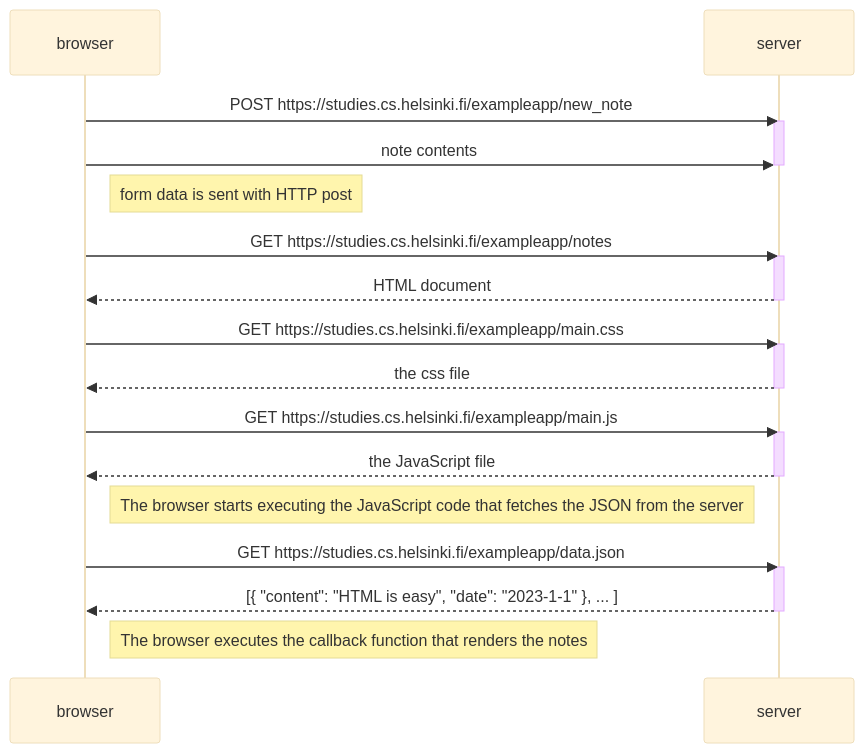
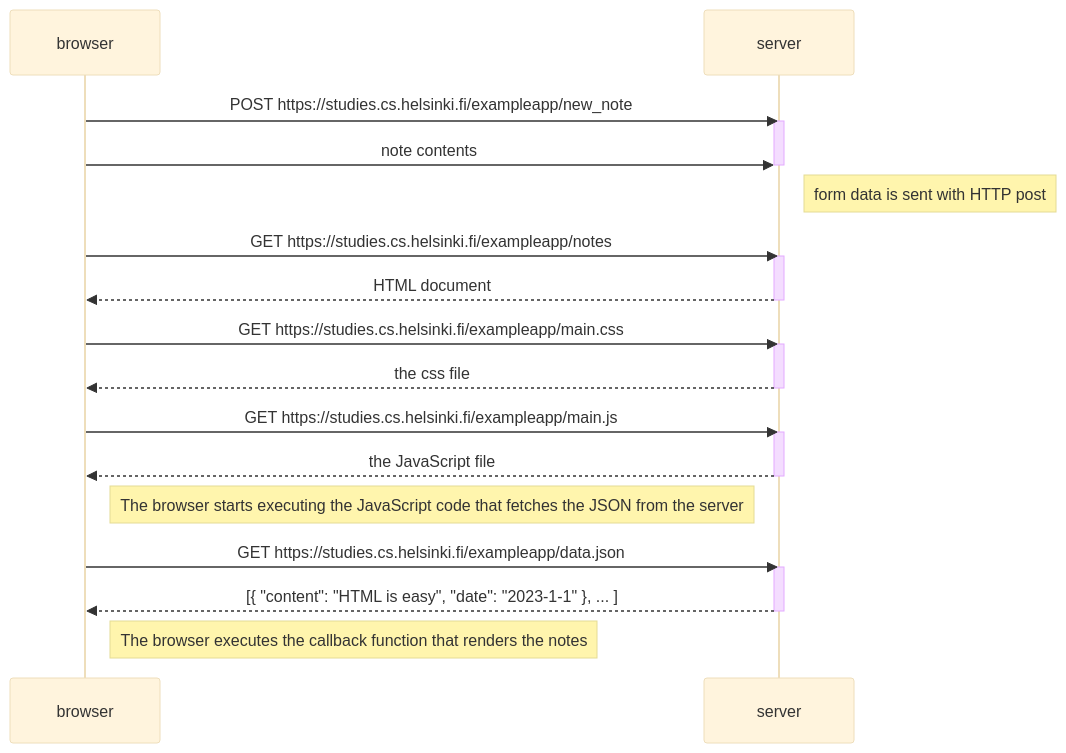
The diagram in part0/exercise 0.4.md (5ak1r/full_stack_open), drawn with Mermaid (base theme) before and after one commit.

Commit message:
moved note

````diff
--- a/part0/exercise 0.4.md
+++ b/part0/exercise 0.4.md
@@ -1,38 +1,38 @@
 ```mermaid
 
 sequenceDiagram
     participant browser
     participant server
     
     browser->>server: POST https://studies.cs.helsinki.fi/exampleapp/new_note
     activate server
     browser->>server: note contents
     deactivate server
 
-    Note right of browser: form data is sent with HTTP post
+    Note right of server: form data is sent with HTTP post
 
     browser->>server: GET https://studies.cs.helsinki.fi/exampleapp/notes
     activate server
     server-->>browser: HTML document
     deactivate server
 
     browser->>server: GET https://studies.cs.helsinki.fi/exampleapp/main.css
     activate server
     server-->>browser: the css file
     deactivate server
 
     browser->>server: GET https://studies.cs.helsinki.fi/exampleapp/main.js
     activate server
     server-->>browser: the JavaScript file
     deactivate server
 
     Note right of browser: The browser starts executing the JavaScript code that fetches the JSON from the server
 
     browser->>server: GET https://studies.cs.helsinki.fi/exampleapp/data.json
     activate server
     server-->>browser: [{ "content": "HTML is easy", "date": "2023-1-1" }, ... ]
     deactivate server
 
     Note right of browser: The browser executes the callback function that renders the notes
 
 ```
````
